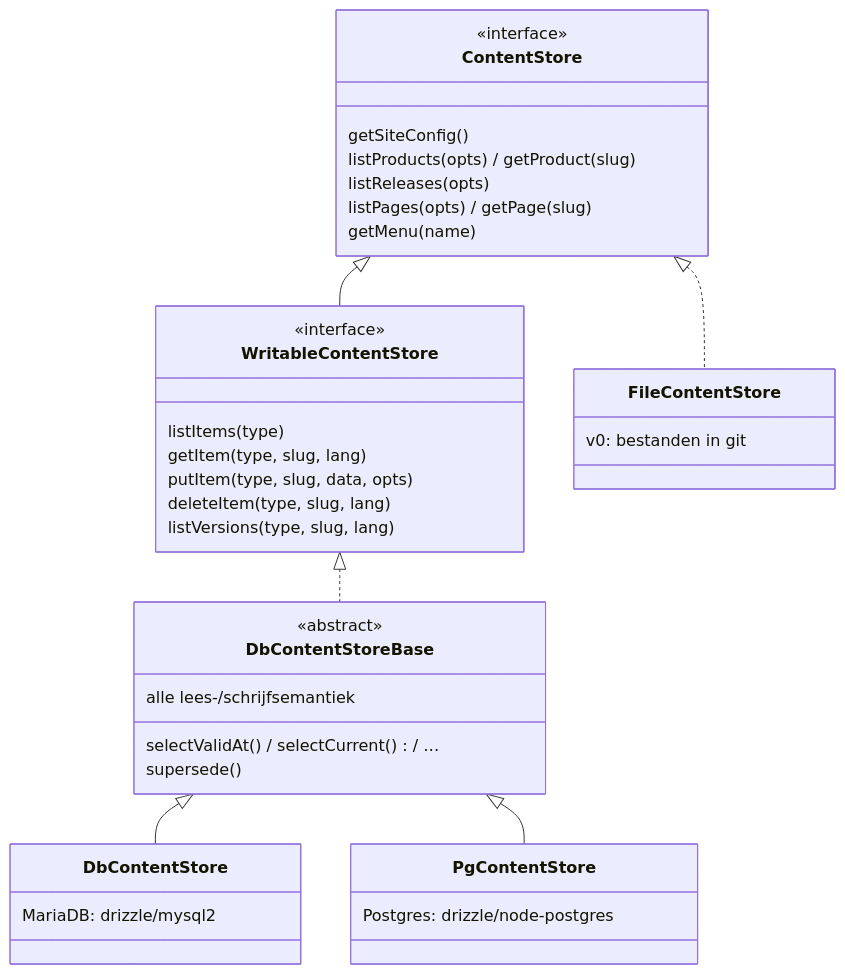
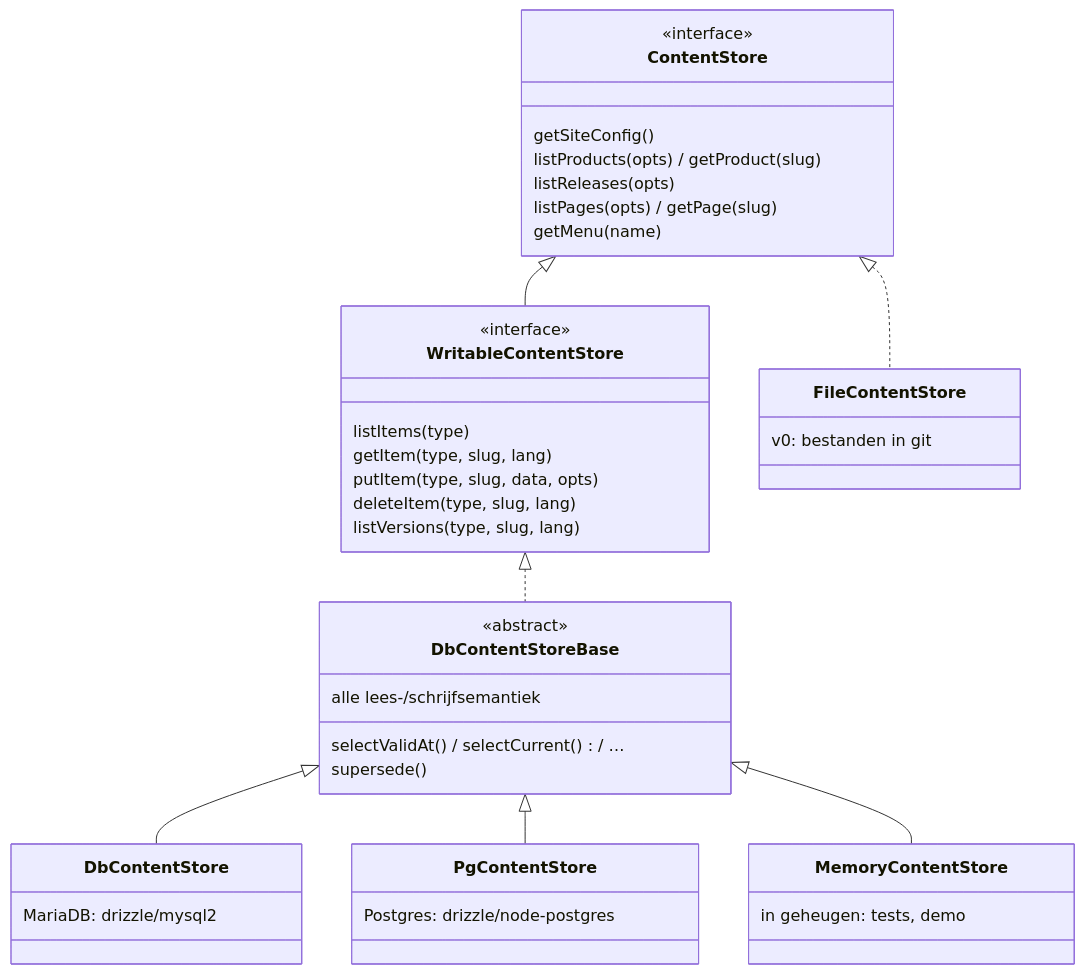
Before and after one commit to MarkWestbroek/imprint-engine: the eighth of 11 diagrams in docs/architecture.md, drawn with Mermaid. The commit also changed other lines of this file and 52 other files, not shown here.

````diff
--- a/docs/architecture.md
+++ b/docs/architecture.md
@@ -569,34 +569,36 @@
 ```mermaid
 classDiagram
     class ContentStore {
         <<interface>>
         getSiteConfig()
         listProducts(opts) / getProduct(slug)
         listReleases(opts)
         listPages(opts) / getPage(slug)
         getMenu(name)
     }
     class WritableContentStore {
         <<interface>>
         listItems(type)
         getItem(type, slug, lang)
         putItem(type, slug, data, opts)
         deleteItem(type, slug, lang)
         listVersions(type, slug, lang)
     }
     class FileContentStore { v0: bestanden in git }
     class DbContentStoreBase {
         <<abstract>>
         alle lees-/schrijfsemantiek
         selectValidAt() / selectCurrent() / …
         supersede()
     }
     class DbContentStore { MariaDB: drizzle/mysql2 }
     class PgContentStore { Postgres: drizzle/node-postgres }
+    class MemoryContentStore { in geheugen: tests, demo }
 
     ContentStore <|-- WritableContentStore
     ContentStore <|.. FileContentStore
     WritableContentStore <|.. DbContentStoreBase
     DbContentStoreBase <|-- DbContentStore
     DbContentStoreBase <|-- PgContentStore
+    DbContentStoreBase <|-- MemoryContentStore
 ```
````
